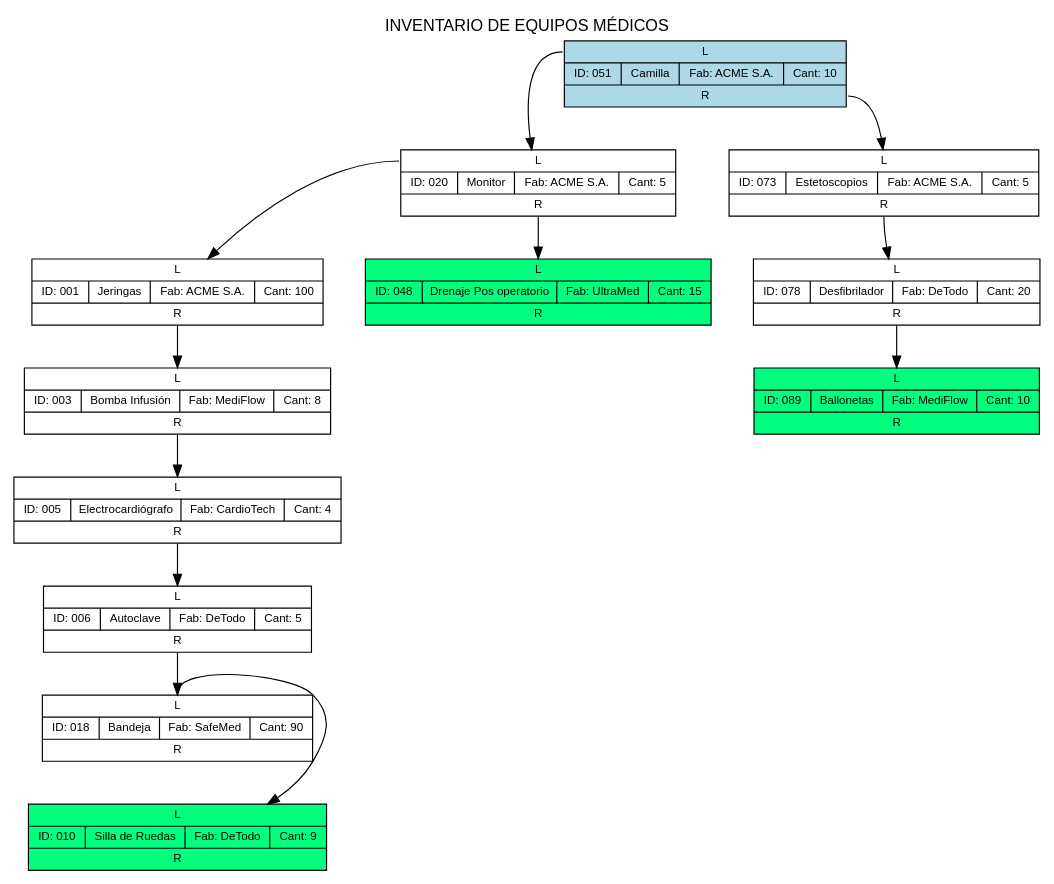
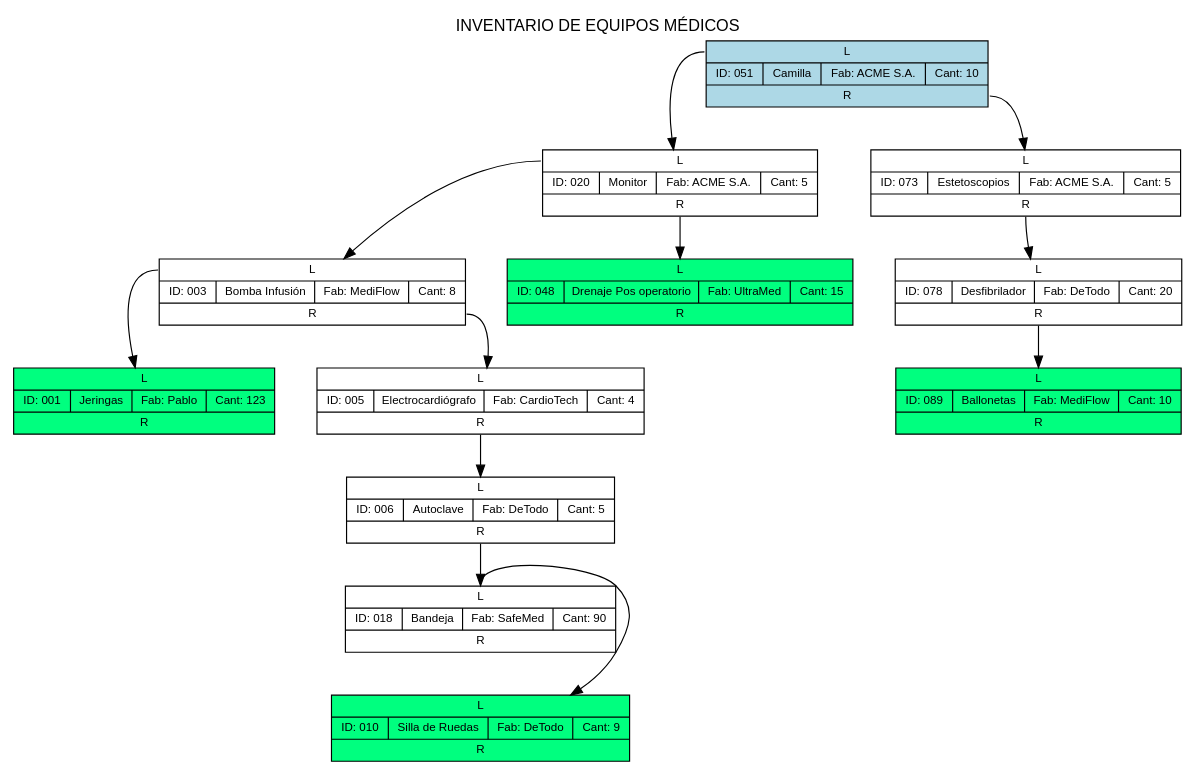
Before and after one commit to Wicho45/EDD_1S2026_PY_202300727: the diagram in EDD_Proyecto1_Fase2/Imagenes/reporte_equipo_bst.dot, drawn with Graphviz. The commit also changed 5 other files, not shown here.

```diff
--- a/EDD_Proyecto1_Fase2/Imagenes/reporte_equipo_bst.dot
+++ b/EDD_Proyecto1_Fase2/Imagenes/reporte_equipo_bst.dot
@@ -1,31 +1,31 @@
 digraph G {
     graph [ordering="out", ranksep=0.5, nodesep=0.5, fontname="Arial"];
     node [shape=record, fontname="Arial", fontsize=10, style=filled, fillcolor=white];
     edge [fontname="Arial", fontsize=8];
     label="INVENTARIO DE EQUIPOS MÉDICOS";
     labelloc="t";
 
-    "ModeloEquipoHASH0x72b0b8948" [label="{ <f0> L | {ID: 051 | Camilla | Fab: ACME S.A. | Cant: 10} | <f2> R }", fillcolor="lightblue", periferies=2];
-    "ModeloEquipoHASH0x72b0b8948":f0 -> "ModeloEquipoHASH0x72b0b8ea0";
-    "ModeloEquipoHASH0x72b0b8ea0" [label="{ <f0> L | {ID: 020 | Monitor | Fab: ACME S.A. | Cant: 5} | <f2> R }", fillcolor="white", periferies=1];
-    "ModeloEquipoHASH0x72b0b8ea0":f0 -> "ModeloEquipoHASH0x72b0ba030";
-    "ModeloEquipoHASH0x72b0ba030" [label="{ <f0> L | {ID: 001 | Jeringas | Fab: ACME S.A. | Cant: 100} | <f2> R }", fillcolor="white", periferies=1];
-    "ModeloEquipoHASH0x72b0ba030":f2 -> "ModeloEquipoHASH0x72b0bb240";
-    "ModeloEquipoHASH0x72b0bb240" [label="{ <f0> L | {ID: 003 | Bomba Infusión | Fab: MediFlow | Cant: 8} | <f2> R }", fillcolor="white", periferies=1];
-    "ModeloEquipoHASH0x72b0bb240":f2 -> "ModeloEquipoHASH0x72b0bd258";
-    "ModeloEquipoHASH0x72b0bd258" [label="{ <f0> L | {ID: 005 | Electrocardiógrafo | Fab: CardioTech | Cant: 4} | <f2> R }", fillcolor="white", periferies=1];
-    "ModeloEquipoHASH0x72b0bd258":f2 -> "ModeloEquipoHASH0x72b0bdbd0";
-    "ModeloEquipoHASH0x72b0bdbd0" [label="{ <f0> L | {ID: 006 | Autoclave | Fab: DeTodo | Cant: 5} | <f2> R }", fillcolor="white", periferies=1];
-    "ModeloEquipoHASH0x72b0bdbd0":f2 -> "ModeloEquipoHASH0x72ad40288";
-    "ModeloEquipoHASH0x72ad40288" [label="{ <f0> L | {ID: 018 | Bandeja | Fab: SafeMed | Cant: 90} | <f2> R }", fillcolor="white", periferies=1];
-    "ModeloEquipoHASH0x72ad40288":f0 -> "ModeloEquipoHASH0x72ad42300";
-    "ModeloEquipoHASH0x72ad42300" [label="{ <f0> L | {ID: 010 | Silla de Ruedas | Fab: DeTodo | Cant: 9} | <f2> R }", fillcolor="springgreen", periferies=1];
-    "ModeloEquipoHASH0x72b0b8ea0":f2 -> "ModeloEquipoHASH0x72ad40ab0";
-    "ModeloEquipoHASH0x72ad40ab0" [label="{ <f0> L | {ID: 048 | Drenaje Pos operatorio | Fab: UltraMed | Cant: 15} | <f2> R }", fillcolor="springgreen", periferies=1];
-    "ModeloEquipoHASH0x72b0b8948":f2 -> "ModeloEquipoHASH0x72b0bae28";
-    "ModeloEquipoHASH0x72b0bae28" [label="{ <f0> L | {ID: 073 | Estetoscopios | Fab: ACME S.A. | Cant: 5} | <f2> R }", fillcolor="white", periferies=1];
-    "ModeloEquipoHASH0x72b0bae28":f2 -> "ModeloEquipoHASH0x72b0bbd38";
-    "ModeloEquipoHASH0x72b0bbd38" [label="{ <f0> L | {ID: 078 | Desfibrilador | Fab: DeTodo | Cant: 20} | <f2> R }", fillcolor="white", periferies=1];
-    "ModeloEquipoHASH0x72b0bbd38":f2 -> "ModeloEquipoHASH0x72b0bef30";
-    "ModeloEquipoHASH0x72b0bef30" [label="{ <f0> L | {ID: 089 | Ballonetas | Fab: MediFlow | Cant: 10} | <f2> R }", fillcolor="springgreen", periferies=1];
+    "ModeloEquipoHASH0xa0304a138" [label="{ <f0> L | {ID: 051 | Camilla | Fab: ACME S.A. | Cant: 10} | <f2> R }", fillcolor="lightblue", periferies=2];
+    "ModeloEquipoHASH0xa0304a138":f0 -> "ModeloEquipoHASH0xa0304a690";
+    "ModeloEquipoHASH0xa0304a690" [label="{ <f0> L | {ID: 020 | Monitor | Fab: ACME S.A. | Cant: 5} | <f2> R }", fillcolor="white", periferies=1];
+    "ModeloEquipoHASH0xa0304a690":f0 -> "ModeloEquipoHASH0xa036efa08";
+    "ModeloEquipoHASH0xa036efa08" [label="{ <f0> L | {ID: 003 | Bomba Infusión | Fab: MediFlow | Cant: 8} | <f2> R }", fillcolor="white", periferies=1];
+    "ModeloEquipoHASH0xa036efa08":f0 -> "ModeloEquipoHASH0xa04553d68";
+    "ModeloEquipoHASH0xa04553d68" [label="{ <f0> L | {ID: 001 | Jeringas | Fab: Pablo | Cant: 123} | <f2> R }", fillcolor="springgreen", periferies=1];
+    "ModeloEquipoHASH0xa036efa08":f2 -> "ModeloEquipoHASH0xa03798a20";
+    "ModeloEquipoHASH0xa03798a20" [label="{ <f0> L | {ID: 005 | Electrocardiógrafo | Fab: CardioTech | Cant: 4} | <f2> R }", fillcolor="white", periferies=1];
+    "ModeloEquipoHASH0xa03798a20":f2 -> "ModeloEquipoHASH0xa0379b3c0";
+    "ModeloEquipoHASH0xa0379b3c0" [label="{ <f0> L | {ID: 006 | Autoclave | Fab: DeTodo | Cant: 5} | <f2> R }", fillcolor="white", periferies=1];
+    "ModeloEquipoHASH0xa0379b3c0":f2 -> "ModeloEquipoHASH0xa036e9a50";
+    "ModeloEquipoHASH0xa036e9a50" [label="{ <f0> L | {ID: 018 | Bandeja | Fab: SafeMed | Cant: 90} | <f2> R }", fillcolor="white", periferies=1];
+    "ModeloEquipoHASH0xa036e9a50":f0 -> "ModeloEquipoHASH0xa036eaac8";
+    "ModeloEquipoHASH0xa036eaac8" [label="{ <f0> L | {ID: 010 | Silla de Ruedas | Fab: DeTodo | Cant: 9} | <f2> R }", fillcolor="springgreen", periferies=1];
+    "ModeloEquipoHASH0xa0304a690":f2 -> "ModeloEquipoHASH0xa036ea2a0";
+    "ModeloEquipoHASH0xa036ea2a0" [label="{ <f0> L | {ID: 048 | Drenaje Pos operatorio | Fab: UltraMed | Cant: 15} | <f2> R }", fillcolor="springgreen", periferies=1];
+    "ModeloEquipoHASH0xa0304a138":f2 -> "ModeloEquipoHASH0xa036ef618";
+    "ModeloEquipoHASH0xa036ef618" [label="{ <f0> L | {ID: 073 | Estetoscopios | Fab: ACME S.A. | Cant: 5} | <f2> R }", fillcolor="white", periferies=1];
+    "ModeloEquipoHASH0xa036ef618":f2 -> "ModeloEquipoHASH0xa03798528";
+    "ModeloEquipoHASH0xa03798528" [label="{ <f0> L | {ID: 078 | Desfibrilador | Fab: DeTodo | Cant: 20} | <f2> R }", fillcolor="white", periferies=1];
+    "ModeloEquipoHASH0xa03798528":f2 -> "ModeloEquipoHASH0xa036e9720";
+    "ModeloEquipoHASH0xa036e9720" [label="{ <f0> L | {ID: 089 | Ballonetas | Fab: MediFlow | Cant: 10} | <f2> R }", fillcolor="springgreen", periferies=1];
 }
```
